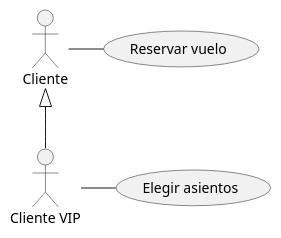
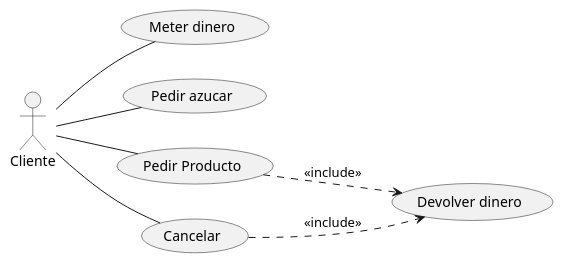
One commit to sandrasd89/CasosDeUsoI changed the diagram in casosdeusoI.puml. Above: the diagram before and after it, drawn with PlantUML.

Commit message:
creado la maquina de cafe

```diff
--- a/casosdeusoI.puml
+++ b/casosdeusoI.puml
@@ -1,7 +1,12 @@
 @startuml
 
-:Cliente: -right- (Reservar vuelo)
-:Cliente VIP: -right- (Elegir asientos)
-:Cliente VIP: -up-|> :Cliente:
+left to right direction
+:Cliente:
+:Cliente: -- (Meter dinero)
+:Cliente: -- (Pedir azucar)
+:Cliente: -- (Pedir Producto)
+:Cliente: -- (Cancelar)
+(Pedir Producto) ..>(Devolver dinero) : <<include>>
+(Cancelar) ..> (Devolver dinero) : <<include>>
 
 @enduml
```
